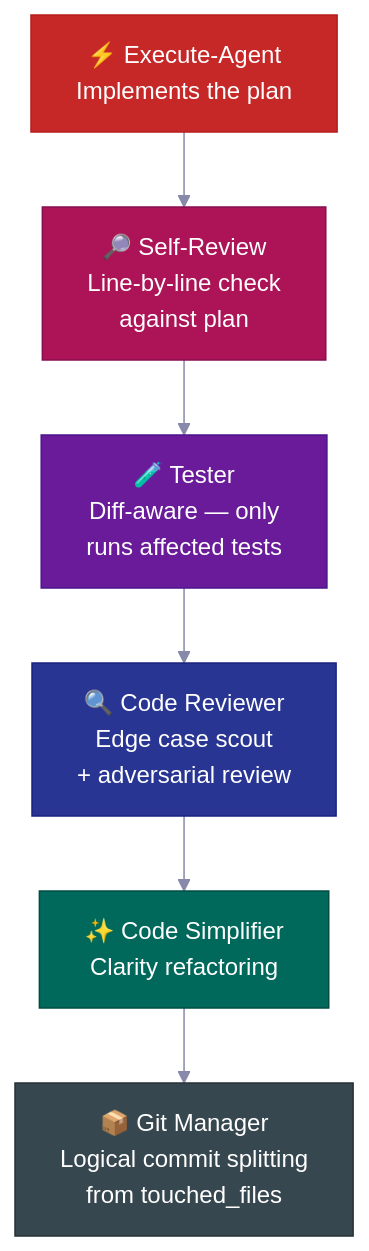
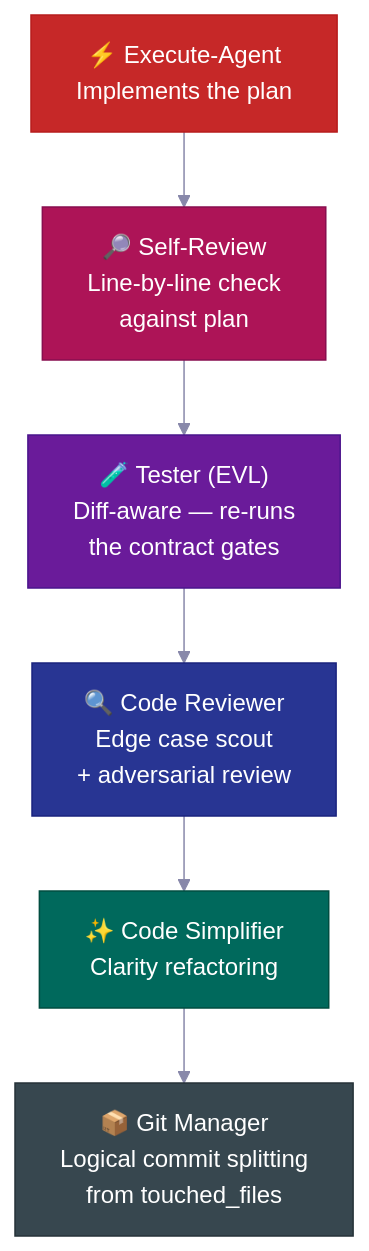
The ninth of 14 diagrams in docs/i18n/README.hi.md (Erlangga15/vibecode-pro-max-kit), drawn with Mermaid before and after one commit. The commit also changed other lines of this file and 43 other files, not shown here.

````diff
--- a/docs/i18n/README.hi.md
+++ b/docs/i18n/README.hi.md
@@ -818,23 +1105,19 @@
 ```mermaid
 %%{init: {'theme': 'base', 'themeVariables': {'fontSize': '16px', 'lineColor': '#8888AA'}} }%%
 flowchart TD
     E["⚡ Execute-Agent\nImplements the plan"]
     SR["🔎 Self-Review\nLine-by-line check\nagainst plan"]
-    T["🧪 Tester\nDiff-aware — only\nruns affected tests"]
+    T["🧪 Tester (EVL)\nDiff-aware — re-runs\nthe contract gates"]
     CR["🔍 Code Reviewer\nEdge case scout\n+ adversarial review"]
     CS["✨ Code Simplifier\nClarity refactoring"]
     GM["📦 Git Manager\nLogical commit splitting\nfrom touched_files"]
 
-    E --> SR
-    SR --> T
-    T --> CR
-    CR --> CS
-    CS --> GM
+    E --> SR --> T --> CR --> CS --> GM
 
     style E fill:#C62828,stroke:#B71C1C,color:#FFFFFF
     style SR fill:#AD1457,stroke:#880E4F,color:#FFFFFF
     style T fill:#6A1B9A,stroke:#4A148C,color:#FFFFFF
     style CR fill:#283593,stroke:#1A237E,color:#FFFFFF
     style CS fill:#00695C,stroke:#004D40,color:#FFFFFF
     style GM fill:#37474F,stroke:#263238,color:#FFFFFF
 ```
````
